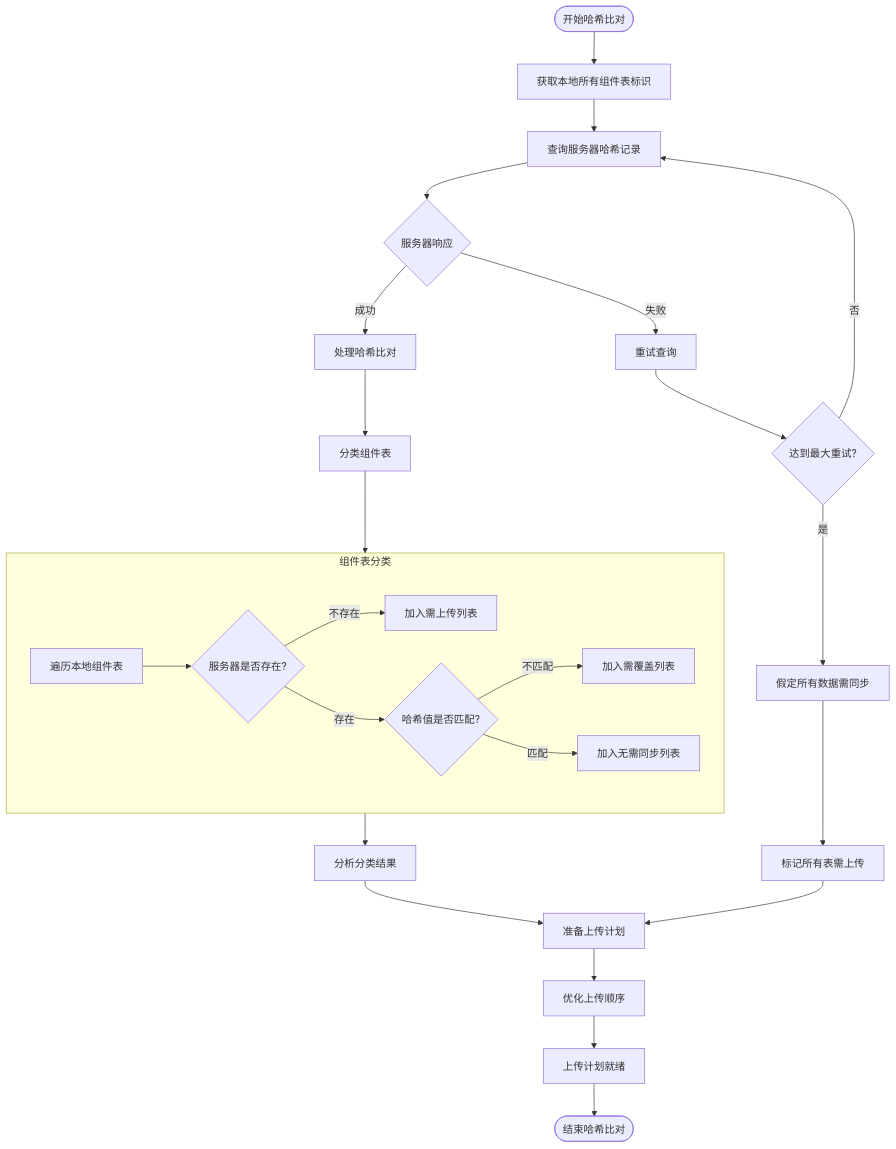
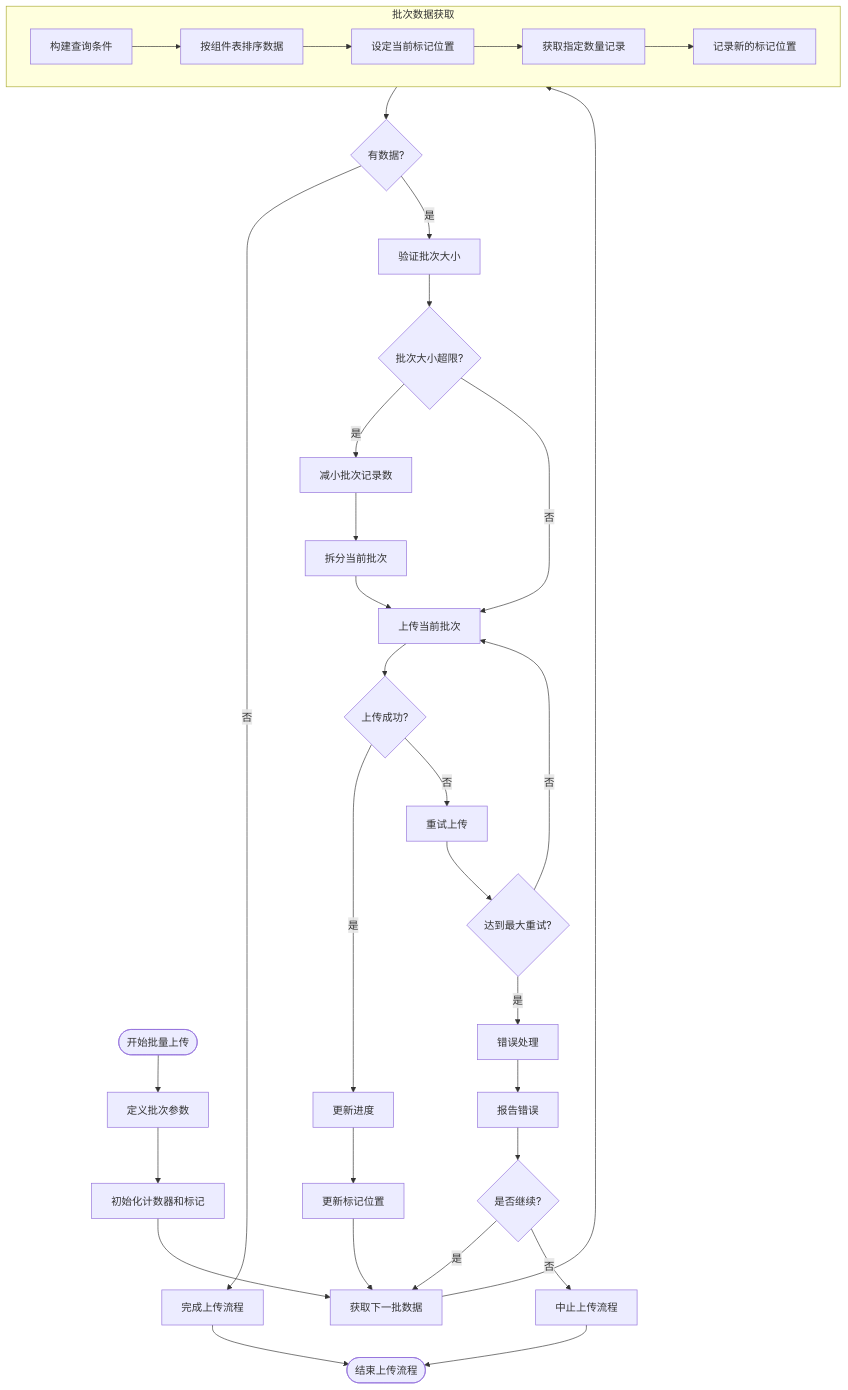
The diagram in all/未命名-51.md (yingjianzh/iodraw-files), drawn with Mermaid before and after one commit.

Commit message:
2025-05-08 17:17:53 update

````diff
--- a/all/未命名-51.md
+++ b/all/未命名-51.md
@@ -1,35 +1,46 @@
 ```mermaid
 flowchart TD
-    Start([开始哈希比对]) --> GetLocalTables[获取本地所有组件表标识]
-    GetLocalTables --> QueryServer[查询服务器哈希记录]
+    Start([开始批量上传]) --> DefineParams[定义批次参数]
+    DefineParams --> InitCounters[初始化计数器和标记]
     
-    QueryServer --> ServerResponse{服务器响应}
-    ServerResponse -->|成功| ProcessHashComparison[处理哈希比对]
-    ServerResponse -->|失败| RetryServer[重试查询]
+    InitCounters --> FetchNextBatch[获取下一批数据]
     
-    RetryServer --> MaxRetries{达到最大重试?}
-    MaxRetries -->|否| QueryServer
-    MaxRetries -->|是| AssumeAllNew[假定所有数据需同步]
-    
-    ProcessHashComparison --> CategorizeResults[分类组件表]
-    
-    subgraph Categorization [组件表分类]
-        C1[遍历本地组件表] --> C2{服务器是否存在?}
-        C2 -->|不存在| C3[加入需上传列表]
-        C2 -->|存在| C4{哈希值是否匹配?}
-        C4 -->|不匹配| C5[加入需覆盖列表]
-        C4 -->|匹配| C6[加入无需同步列表]
+    subgraph BatchFetch [批次数据获取]
+        A[构建查询条件] --> B[按组件表排序数据]
+        B --> C[设定当前标记位置]
+        C --> D[获取指定数量记录]
+        D --> E[记录新的标记位置]
     end
     
-    CategorizeResults --> Categorization
-    AssumeAllNew --> FlagAllForUpload[标记所有表需上传]
+    FetchNextBatch --> BatchFetch
     
-    Categorization --> AnalyzeResults[分析分类结果]
-    FlagAllForUpload --> PrepareUploadPlan[准备上传计划]
+    BatchFetch --> CheckResults{有数据?}
+    CheckResults -->|否| CompleteUpload[完成上传流程]
+    CheckResults -->|是| ValidateBatch[验证批次大小]
     
-    AnalyzeResults --> PrepareUploadPlan
-    PrepareUploadPlan --> OptimizeOrder[优化上传顺序]
+    ValidateBatch --> SizeTooLarge{批次大小超限?}
+    SizeTooLarge -->|是| AdjustBatchSize[减小批次记录数]
+    SizeTooLarge -->|否| UploadBatch[上传当前批次]
     
-    OptimizeOrder --> PlanReady[上传计划就绪]
-    PlanReady --> End([结束哈希比对])
+    AdjustBatchSize --> SplitBatch[拆分当前批次]
+    SplitBatch --> UploadBatch
+    
+    UploadBatch --> UploadSuccess{上传成功?}
+    UploadSuccess -->|是| UpdateProgress[更新进度]
+    UploadSuccess -->|否| RetryUpload[重试上传]
+    
+    RetryUpload --> MaxRetries{达到最大重试?}
+    MaxRetries -->|否| UploadBatch
+    MaxRetries -->|是| ErrorHandling[错误处理]
+    
+    ErrorHandling --> ReportError[报告错误]
+    ReportError --> ContinueOption{是否继续?}
+    ContinueOption -->|是| FetchNextBatch
+    ContinueOption -->|否| AbortProcess[中止上传流程]
+    
+    UpdateProgress --> UpdateMarker[更新标记位置]
+    UpdateMarker --> FetchNextBatch
+    
+    CompleteUpload --> End([结束上传流程])
+    AbortProcess --> End
 ```
````
